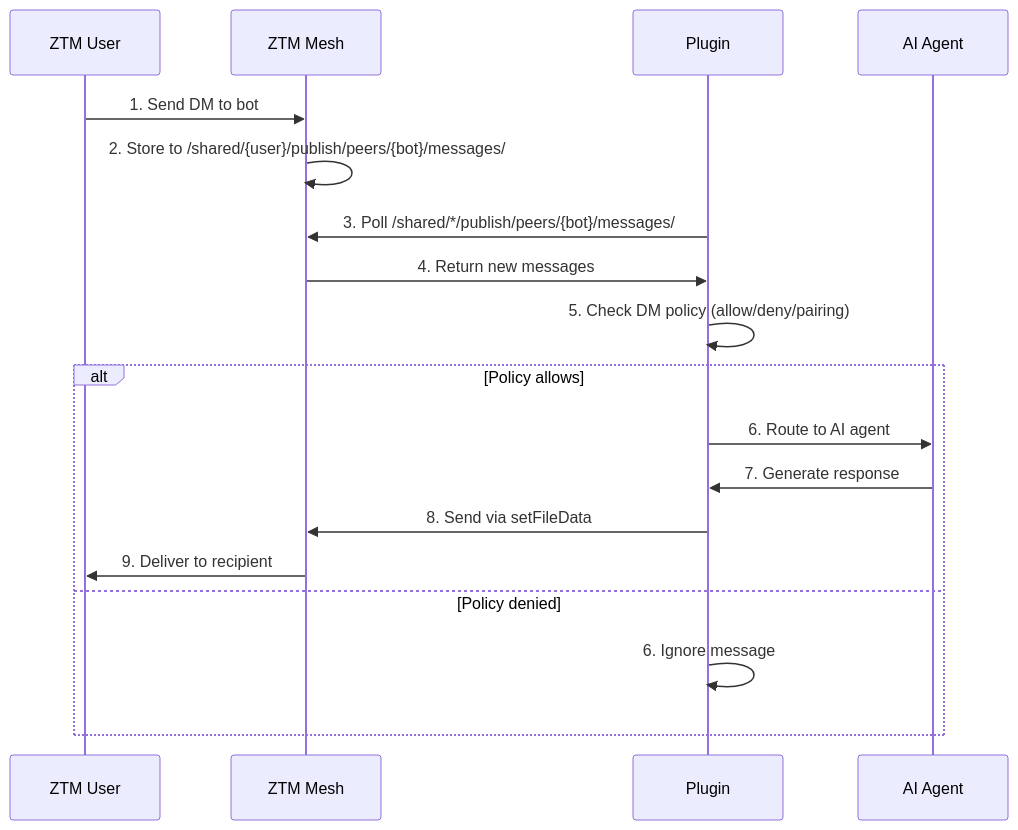
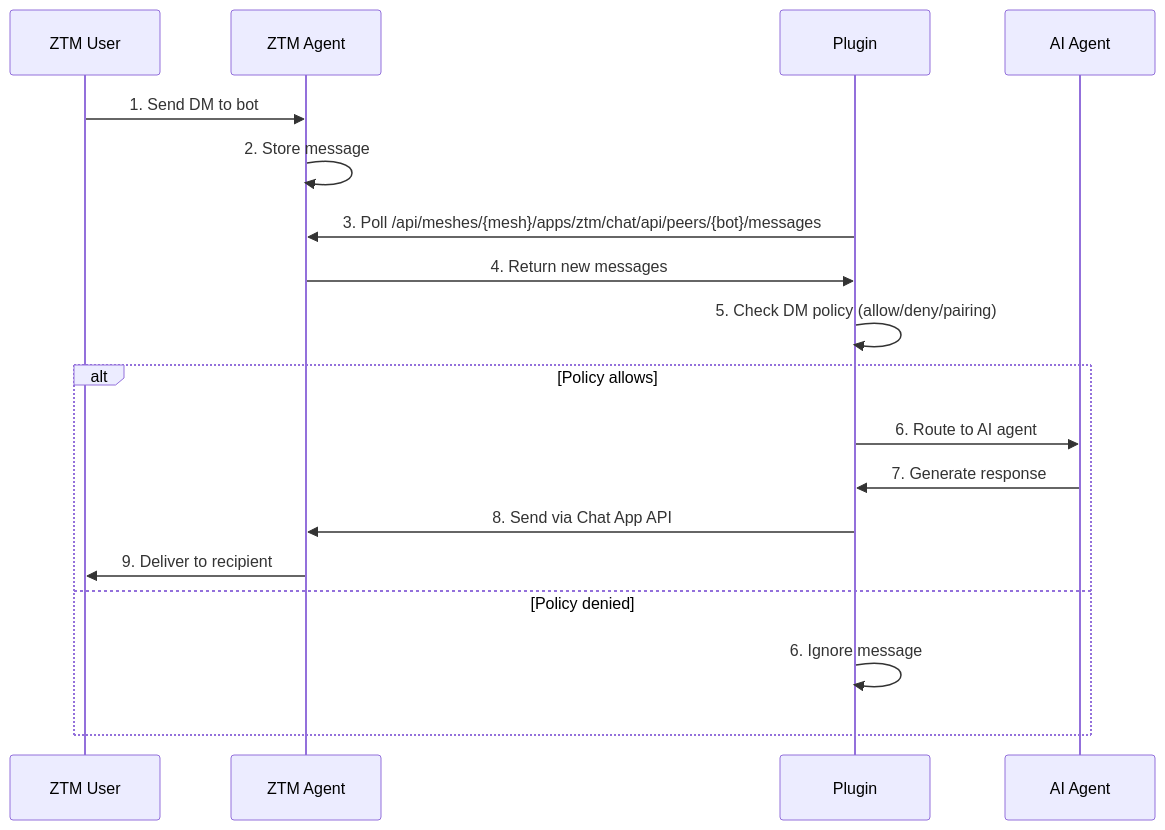
The third of 5 diagrams in README.md (clawparty-ai/openclaw-channel-plugin-ztm), drawn with Mermaid before and after one commit. The commit also changed other lines of this file, not shown here.

First line of the commit message:
docs: update README with ZTM API and test coverage

````diff
--- a/README.md
+++ b/README.md
@@ -467,21 +467,21 @@
 ```mermaid
 sequenceDiagram
     participant U as ZTM User
-    participant M as ZTM Mesh
+    participant A as ZTM Agent
     participant P as Plugin
-    participant A as AI Agent
+    participant B as AI Agent
 
-    U->>M: 1. Send DM to bot
-    M->>M: 2. Store to /shared/{user}/publish/peers/{bot}/messages/
-    P->>M: 3. Poll /shared/*/publish/peers/{bot}/messages/
-    M->>P: 4. Return new messages
+    U->>A: 1. Send DM to bot
+    A->>A: 2. Store message
+    P->>A: 3. Poll /api/meshes/{mesh}/apps/ztm/chat/api/peers/{bot}/messages
+    A->>P: 4. Return new messages
     P->>P: 5. Check DM policy (allow/deny/pairing)
     alt Policy allows
-        P->>A: 6. Route to AI agent
-        A->>P: 7. Generate response
-        P->>M: 8. Send via setFileData
-        M->>U: 9. Deliver to recipient
+        P->>B: 6. Route to AI agent
+        B->>P: 7. Generate response
+        P->>A: 8. Send via Chat App API
+        A->>U: 9. Deliver to recipient
     else Policy denied
         P->>P: 6. Ignore message
     end
 ```
````
